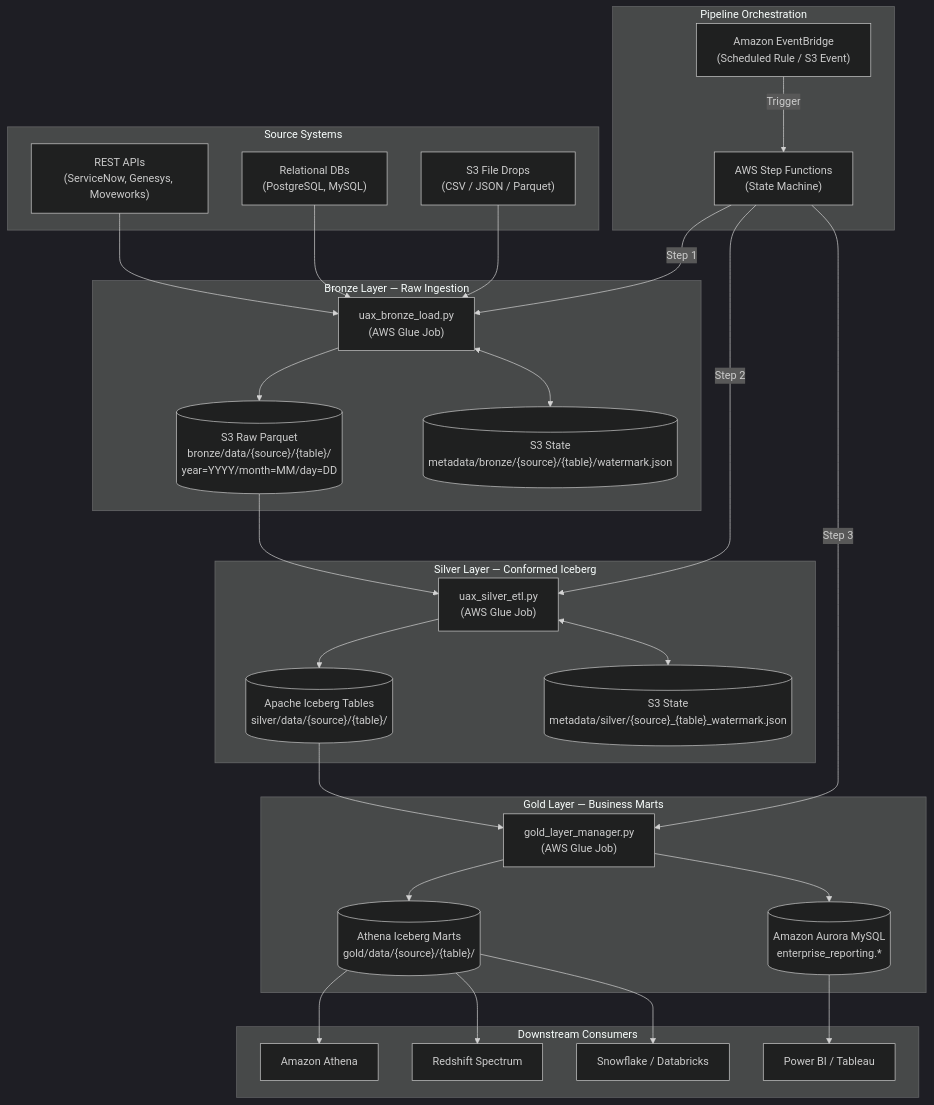
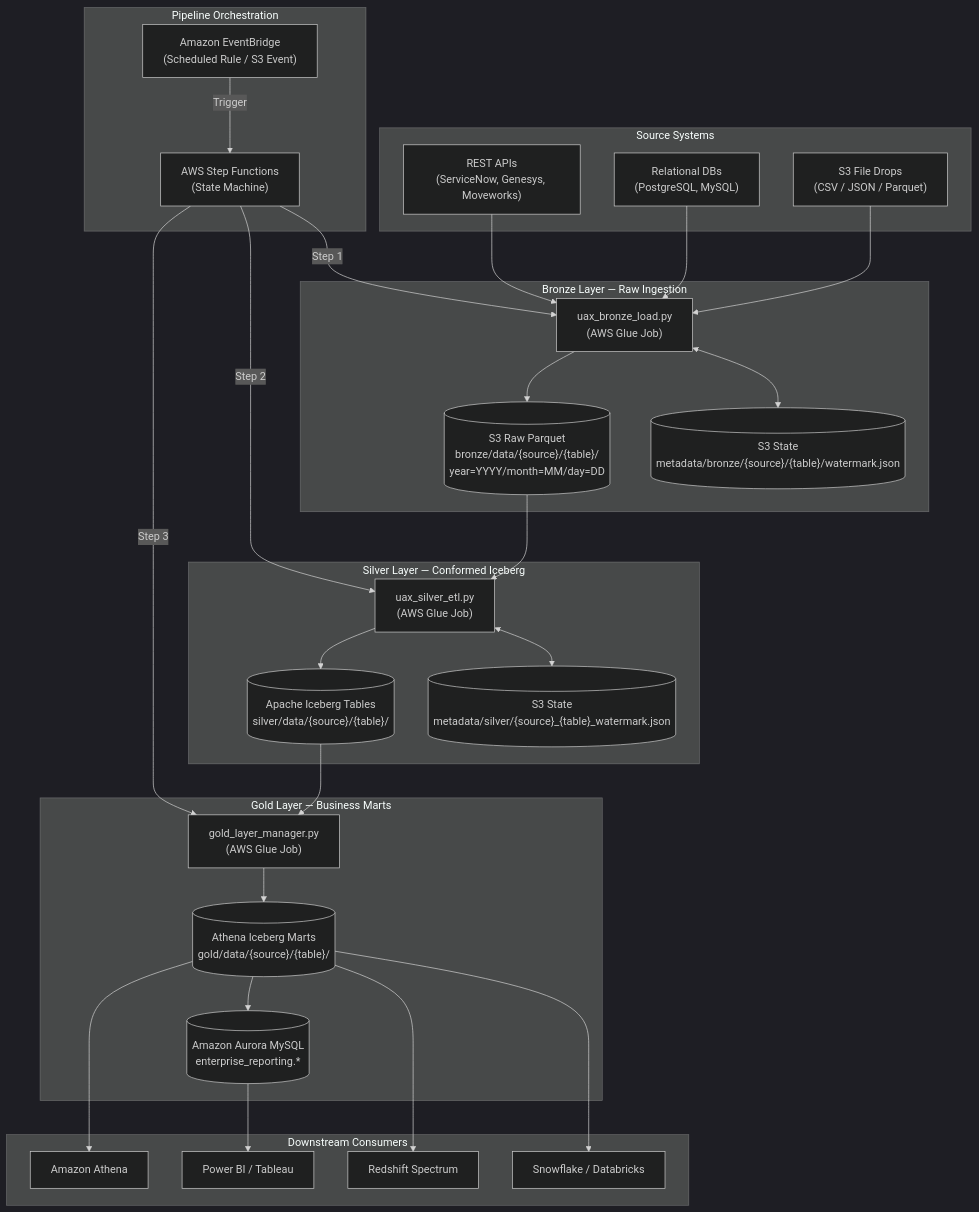
One commit to Nilkamal-m/Data-pipeline changed the first of 2 diagrams in docs/ARCHITECTURE.md. Above: the diagram before and after it, drawn with Mermaid (dark theme). The commit also changed other lines of this file and 4 other files, not shown here.

First line of the commit message:
docs: fix gold flow, add max_target_partitions, correct is_current/is_deleted to Y/N strings

````diff
--- a/docs/ARCHITECTURE.md
+++ b/docs/ARCHITECTURE.md
@@ -15,63 +15,63 @@
 ```mermaid
 flowchart TD
     subgraph Orchestration["Pipeline Orchestration"]
         EB["Amazon EventBridge\n(Scheduled Rule / S3 Event)"]
         SF["AWS Step Functions\n(State Machine)"]
         EB -->|Trigger| SF
     end
 
     subgraph Sources["Source Systems"]
         REST["REST APIs\n(ServiceNow, Genesys, Moveworks)"]
         DB["Relational DBs\n(PostgreSQL, MySQL)"]
         S3SRC["S3 File Drops\n(CSV / JSON / Parquet)"]
     end
 
     subgraph Bronze["Bronze Layer — Raw Ingestion"]
         BJ["uax_bronze_load.py\n(AWS Glue Job)"]
         BS3[("S3 Raw Parquet\nbronze/data/{source}/{table}/\nyear=YYYY/month=MM/day=DD")]
         BWMK[("S3 State\nmetadata/bronze/{source}/{table}/watermark.json")]
     end
 
     subgraph Silver["Silver Layer — Conformed Iceberg"]
         SJ["uax_silver_etl.py\n(AWS Glue Job)"]
         SICEBERG[("Apache Iceberg Tables\nsilver/data/{source}/{table}/")]
         SWMK[("S3 State\nmetadata/silver/{source}_{table}_watermark.json")]
     end
 
     subgraph Gold["Gold Layer — Business Marts"]
         GJ["gold_layer_manager.py\n(AWS Glue Job)"]
         GICEBERG[("Athena Iceberg Marts\ngold/data/{source}/{table}/")]
         GAURORA[("Amazon Aurora MySQL\nenterprise_reporting.*")]
     end
 
     subgraph Consume["Downstream Consumers"]
         ATHENA["Amazon Athena"]
         BI["Power BI / Tableau"]
         RS["Redshift Spectrum"]
         SNO["Snowflake / Databricks"]
     end
 
     SF -->|Step 1| BJ
     SF -->|Step 2| SJ
     SF -->|Step 3| GJ
 
     REST --> BJ
     DB --> BJ
     S3SRC --> BJ
 
     BJ --> BS3
     BJ <--> BWMK
 
     BS3 --> SJ
     SJ --> SICEBERG
     SJ <--> SWMK
 
     SICEBERG --> GJ
     GJ --> GICEBERG
-    GJ --> GAURORA
 
     GICEBERG --> ATHENA
     GICEBERG --> RS
     GICEBERG --> SNO
+    GICEBERG --> GAURORA
     GAURORA --> BI
 ```
````
